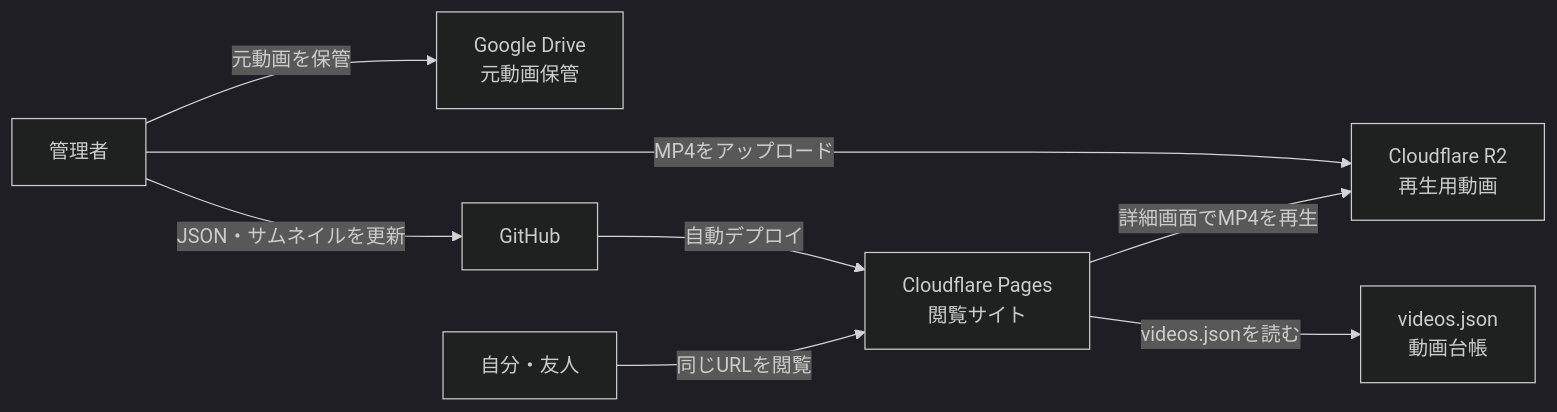
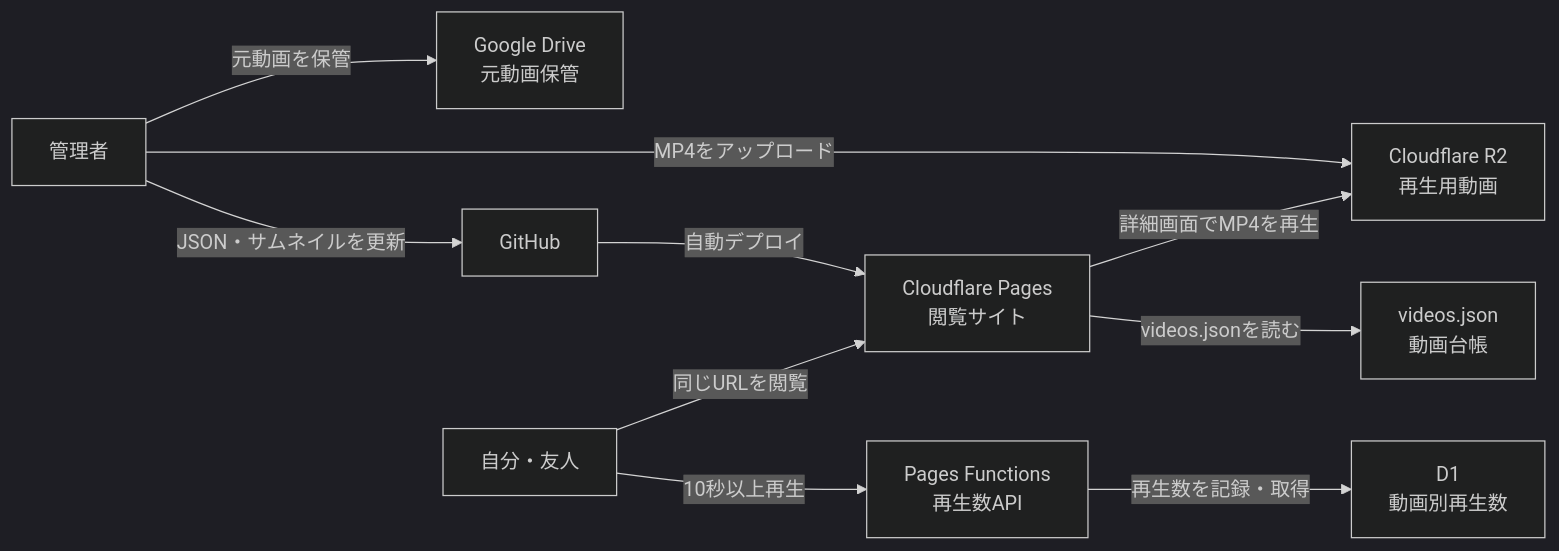
One commit to Saoki11111/video-shelf changed the first of 2 diagrams in docs/design.md. Above: the diagram before and after it, drawn with Mermaid (dark theme). The commit also changed other lines of this file and 10 other files, not shown here.

````diff
--- a/docs/design.md
+++ b/docs/design.md
@@ -10,10 +10,12 @@
 ```mermaid
 flowchart LR
     Owner[管理者] -->|元動画を保管| Drive[Google Drive<br>元動画保管]
     Owner -->|MP4をアップロード| R2[Cloudflare R2<br>再生用動画]
     Owner -->|JSON・サムネイルを更新| GitHub[GitHub]
     GitHub -->|自動デプロイ| Pages[Cloudflare Pages<br>閲覧サイト]
     Viewer[自分・友人] -->|同じURLを閲覧| Pages
     Pages -->|videos.jsonを読む| Catalog[videos.json<br>動画台帳]
     Pages -->|詳細画面でMP4を再生| R2
+    Viewer -->|10秒以上再生| Function[Pages Functions<br>再生数API]
+    Function -->|再生数を記録・取得| D1[D1<br>動画別再生数]
 ```
````
